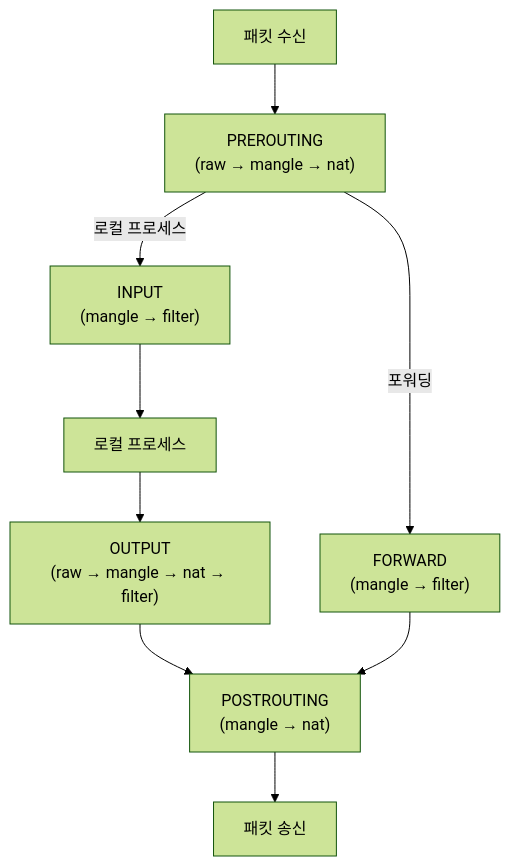
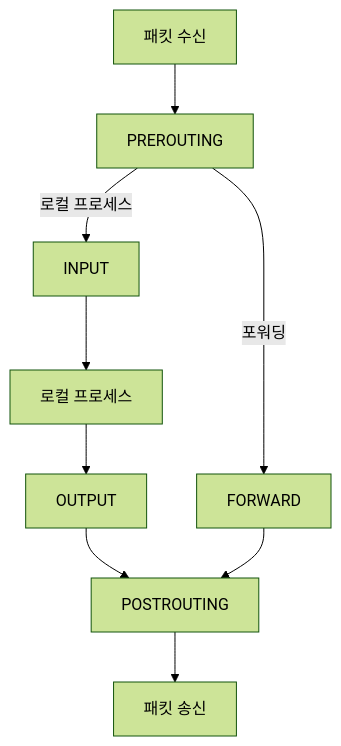
One commit to moonblueblue/devops-wiki changed the second of 6 diagrams in content/linux/network-basics/firewall.md. Above: the diagram before and after it, drawn with Mermaid (forest theme).

Commit message:
style: network-basics 섹션 Mermaid 노드 라벨 규칙 적용
- firewall.md: iptables 패킷 흐름 다이어그램 체인 라벨 괄호·화살표 제거

````diff
--- a/content/linux/network-basics/firewall.md
+++ b/content/linux/network-basics/firewall.md
@@ -58,12 +58,12 @@
 ```mermaid
 graph TD
     IN["패킷 수신"]
-    --> PRE["PREROUTING<br/>(raw → mangle → nat)"]
-    PRE -->|"로컬 프로세스"| INPUT["INPUT<br/>(mangle → filter)"]
+    --> PRE[PREROUTING]
+    PRE -->|"로컬 프로세스"| INPUT[INPUT]
     INPUT --> LOCAL["로컬 프로세스"]
-    LOCAL --> OUTPUT["OUTPUT<br/>(raw → mangle → nat → filter)"]
-    OUTPUT --> POST["POSTROUTING<br/>(mangle → nat)"]
-    PRE -->|"포워딩"| FWD["FORWARD<br/>(mangle → filter)"]
+    LOCAL --> OUTPUT[OUTPUT]
+    OUTPUT --> POST[POSTROUTING]
+    PRE -->|"포워딩"| FWD[FORWARD]
     FWD --> POST
     POST --> OUT["패킷 송신"]
 ```
````
